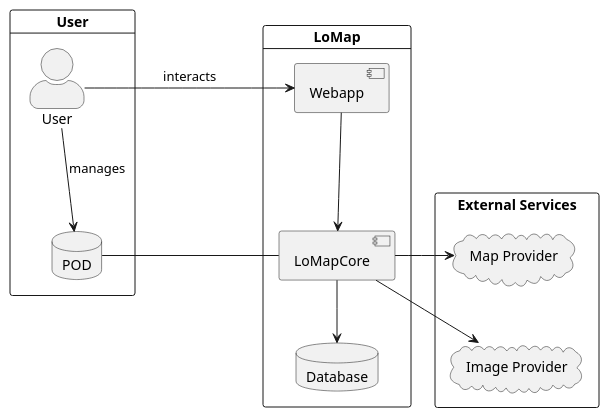
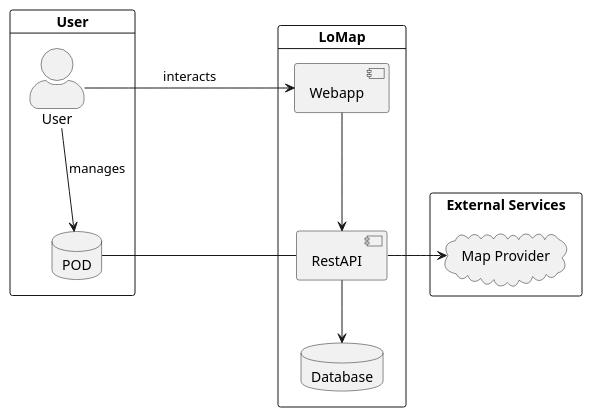
Before and after one commit to Arquisoft/lomap_en1a: the diagram in docs/images/sources/5-buildingBlock-L1.puml, drawn with PlantUML. The commit also changed 7 other files, not shown here.

```diff
--- a/docs/images/sources/5-buildingBlock-L1.puml
+++ b/docs/images/sources/5-buildingBlock-L1.puml
@@ -1,42 +1,37 @@
 @startuml
 ' Building Block View Diagram v1.0
 ' Level 1
 skinparam actorStyle awesome
 '-----------------------
 'Definition of actors
 '-----------------------
 card LoMap {
     component Webapp as Frontend
-    component LoMapCore as Backend
+    component RestAPI as Backend
     database Database
 }
 
 
 card "User" as UserDat {
     actor User
     database POD
 }
 
 rectangle "External Services" {
     cloud "Map Provider" as MapService
-    cloud "Image Provider" as ImgService
 }
-
 
 '-----------------------
 'Definition of relations
 '-----------------------
-
 User -r-> Frontend : interacts
 ' Hidden relations help with spacing
 User -[hidden]--- Frontend
 User -d-> POD : manages
 Frontend --> Backend
 POD -l- Backend
 Backend -d-> Database
 Backend -r-> MapService
-Backend -r-> ImgService
-MapService -[hidden]- ImgService
 
 
 @enduml
```
